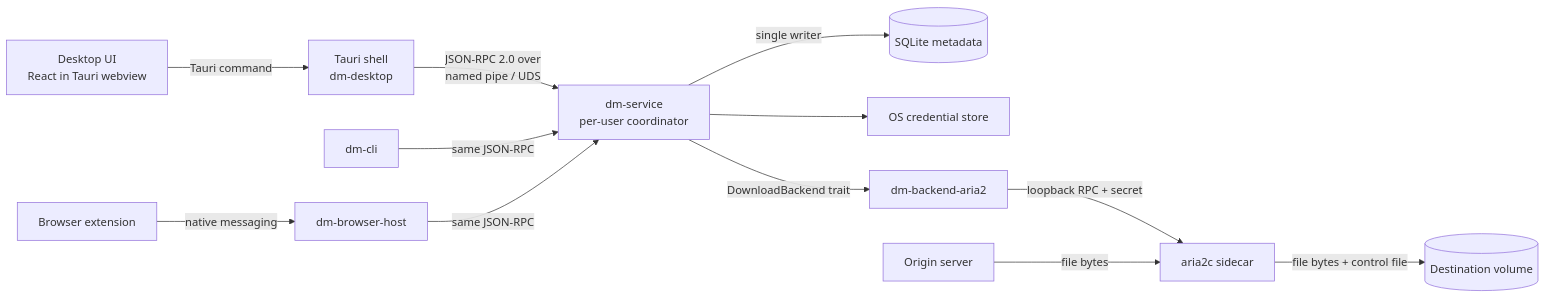
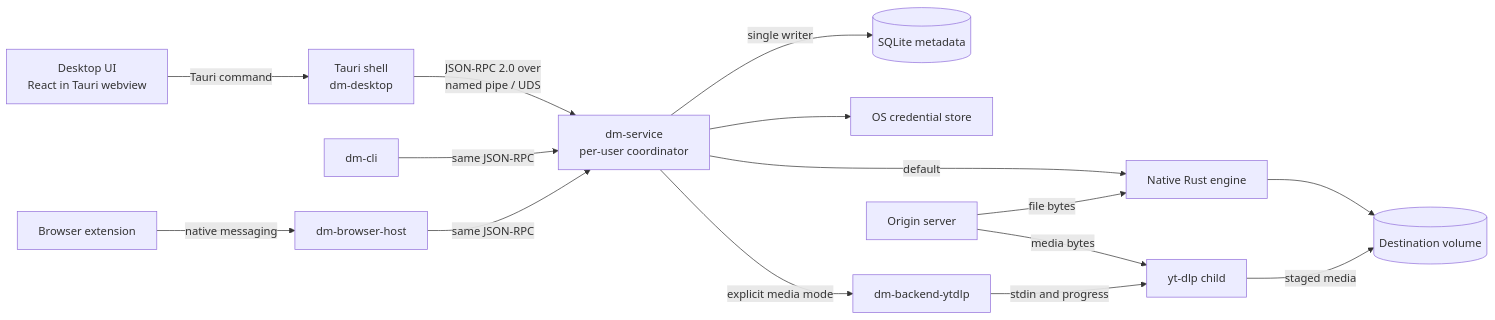
The diagram in docs/architecture.md (DevSagar007/Downova), drawn with Mermaid before and after one commit. The commit also changed other lines of this file and 65 other files, not shown here.

First line of the commit message:
feat(engine): yt-dlp media backend replaces the optional aria2 adapter (ADR 0042)

````diff
--- a/docs/architecture.md
+++ b/docs/architecture.md
@@ -12,14 +14,17 @@
 ```mermaid
 flowchart LR
     UI["Desktop UI<br/>React in Tauri webview"] -->|Tauri command| Shell["Tauri shell<br/>dm-desktop"]
     Shell -->|"JSON-RPC 2.0 over<br/>named pipe / UDS"| Svc["dm-service<br/>per-user coordinator"]
     CLI["dm-cli"] -->|same JSON-RPC| Svc
     Ext["Browser extension"] -->|native messaging| Host["dm-browser-host"]
     Host -->|same JSON-RPC| Svc
     Svc -->|single writer| DB[("SQLite metadata")]
     Svc --> Cred["OS credential store"]
-    Svc -->|"DownloadBackend trait"| Aria["dm-backend-aria2"]
-    Aria -->|"loopback RPC + secret"| Engine["aria2c sidecar"]
-    Origin["Origin server"] -->|file bytes| Engine
-    Engine -->|file bytes + control file| Disk[("Destination volume")]
+    Svc -->|"default"| Native["Native Rust engine"]
+    Svc -->|"explicit media mode"| Media["dm-backend-ytdlp"]
+    Media -->|"stdin and progress"| Engine["yt-dlp child"]
+    Origin["Origin server"] -->|file bytes| Native
+    Origin -->|media bytes| Engine
+    Native --> Disk[("Destination volume")]
+    Engine -->|staged media| Disk
 ```
````
